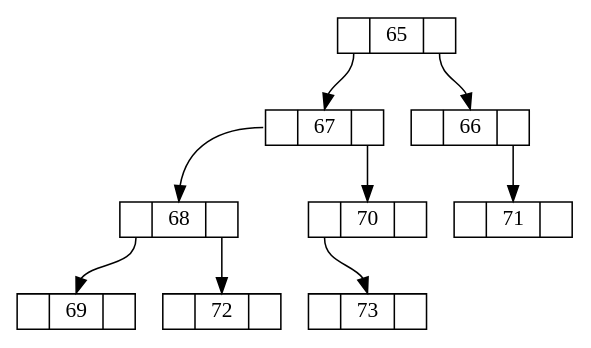
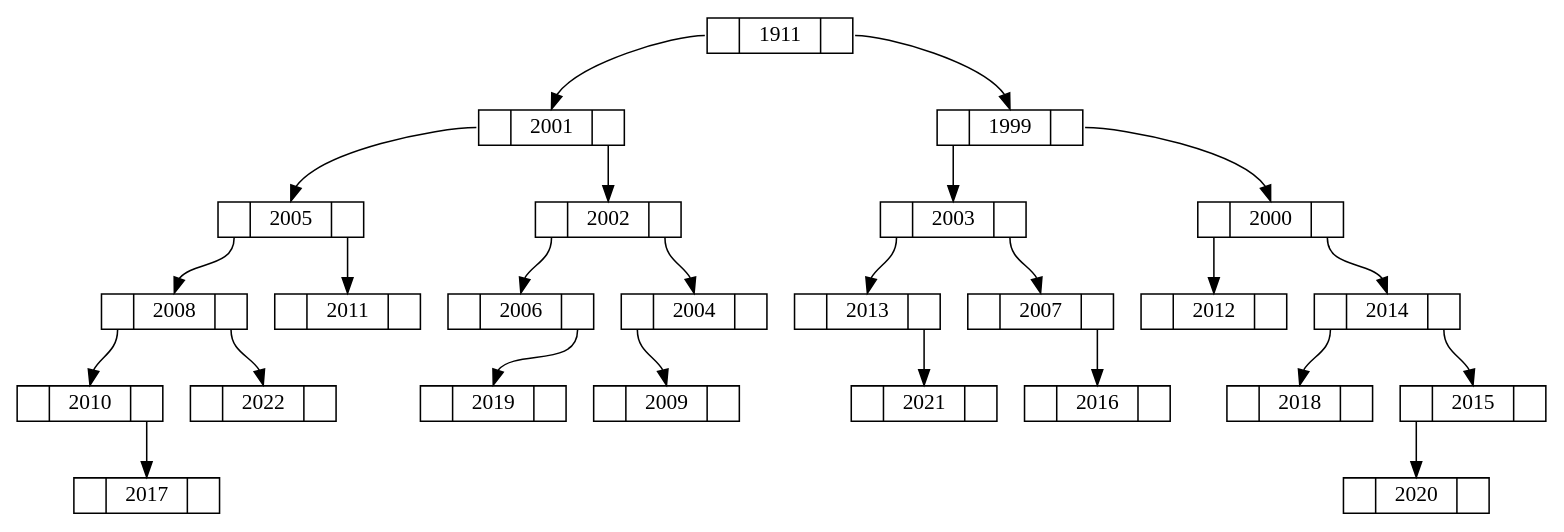
The diagram in ADTsSelfPractice/BST/Exercise/10.1/inthead.dot (MasonSyj/CodeC), drawn with Graphviz before and after one commit. The commit also changed 10 other files, not shown here.

```diff
--- a/ADTsSelfPractice/BST/Exercise/10.1/inthead.dot
+++ b/ADTsSelfPractice/BST/Exercise/10.1/inthead.dot
@@ -1,20 +1,52 @@
 digraph G {
    node [shape=record, height=0.1];
-   node0x102901f60 [label = "<l> | <m> 65 | <r>"];
-   node0x102901f00 [label = "<l> | <m> 67 | <r>"];
-   node0x102901f60:l -> node0x102901f00:m;
-   node0x102901ed0 [label = "<l> | <m> 68 | <r>"];
-   node0x102901f00:l -> node0x102901ed0:m;
-   node0x102901ea0 [label = "<l> | <m> 69 | <r>"];
-   node0x102901ed0:l -> node0x102901ea0:m;
-   node0x102901e10 [label = "<l> | <m> 72 | <r>"];
-   node0x102901ed0:r -> node0x102901e10:m;
-   node0x102901e70 [label = "<l> | <m> 70 | <r>"];
-   node0x102901f00:r -> node0x102901e70:m;
-   node0x102901de0 [label = "<l> | <m> 73 | <r>"];
-   node0x102901e70:l -> node0x102901de0:m;
-   node0x102901f30 [label = "<l> | <m> 66 | <r>"];
-   node0x102901f60:r -> node0x102901f30:m;
-   node0x102901e40 [label = "<l> | <m> 71 | <r>"];
-   node0x102901f30:r -> node0x102901e40:m;
+   node0x104501f60 [label = "<l> | <m> 1911 | <r>"];
+   node0x104501e70 [label = "<l> | <m> 2001 | <r>"];
+   node0x104501f60:l -> node0x104501e70:m;
+   node0x104501db0 [label = "<l> | <m> 2005 | <r>"];
+   node0x104501e70:l -> node0x104501db0:m;
+   node0x104501d20 [label = "<l> | <m> 2008 | <r>"];
+   node0x104501db0:l -> node0x104501d20:m;
+   node0x104501cc0 [label = "<l> | <m> 2010 | <r>"];
+   node0x104501d20:l -> node0x104501cc0:m;
+   node0x104501b70 [label = "<l> | <m> 2017 | <r>"];
+   node0x104501cc0:r -> node0x104501b70:m;
+   node0x104501a80 [label = "<l> | <m> 2022 | <r>"];
+   node0x104501d20:r -> node0x104501a80:m;
+   node0x104501c90 [label = "<l> | <m> 2011 | <r>"];
+   node0x104501db0:r -> node0x104501c90:m;
+   node0x104501e40 [label = "<l> | <m> 2002 | <r>"];
+   node0x104501e70:r -> node0x104501e40:m;
+   node0x104501d80 [label = "<l> | <m> 2006 | <r>"];
+   node0x104501e40:l -> node0x104501d80:m;
+   node0x104501b10 [label = "<l> | <m> 2019 | <r>"];
+   node0x104501d80:r -> node0x104501b10:m;
+   node0x104501de0 [label = "<l> | <m> 2004 | <r>"];
+   node0x104501e40:r -> node0x104501de0:m;
+   node0x104501cf0 [label = "<l> | <m> 2009 | <r>"];
+   node0x104501de0:l -> node0x104501cf0:m;
+   node0x104501ed0 [label = "<l> | <m> 1999 | <r>"];
+   node0x104501f60:r -> node0x104501ed0:m;
+   node0x104501e10 [label = "<l> | <m> 2003 | <r>"];
+   node0x104501ed0:l -> node0x104501e10:m;
+   node0x104501c30 [label = "<l> | <m> 2013 | <r>"];
+   node0x104501e10:l -> node0x104501c30:m;
+   node0x104501ab0 [label = "<l> | <m> 2021 | <r>"];
+   node0x104501c30:r -> node0x104501ab0:m;
+   node0x104501d50 [label = "<l> | <m> 2007 | <r>"];
+   node0x104501e10:r -> node0x104501d50:m;
+   node0x104501ba0 [label = "<l> | <m> 2016 | <r>"];
+   node0x104501d50:r -> node0x104501ba0:m;
+   node0x104501ea0 [label = "<l> | <m> 2000 | <r>"];
+   node0x104501ed0:r -> node0x104501ea0:m;
+   node0x104501c60 [label = "<l> | <m> 2012 | <r>"];
+   node0x104501ea0:l -> node0x104501c60:m;
+   node0x104501c00 [label = "<l> | <m> 2014 | <r>"];
+   node0x104501ea0:r -> node0x104501c00:m;
+   node0x104501b40 [label = "<l> | <m> 2018 | <r>"];
+   node0x104501c00:l -> node0x104501b40:m;
+   node0x104501bd0 [label = "<l> | <m> 2015 | <r>"];
+   node0x104501c00:r -> node0x104501bd0:m;
+   node0x104501ae0 [label = "<l> | <m> 2020 | <r>"];
+   node0x104501bd0:l -> node0x104501ae0:m;
 }
```
